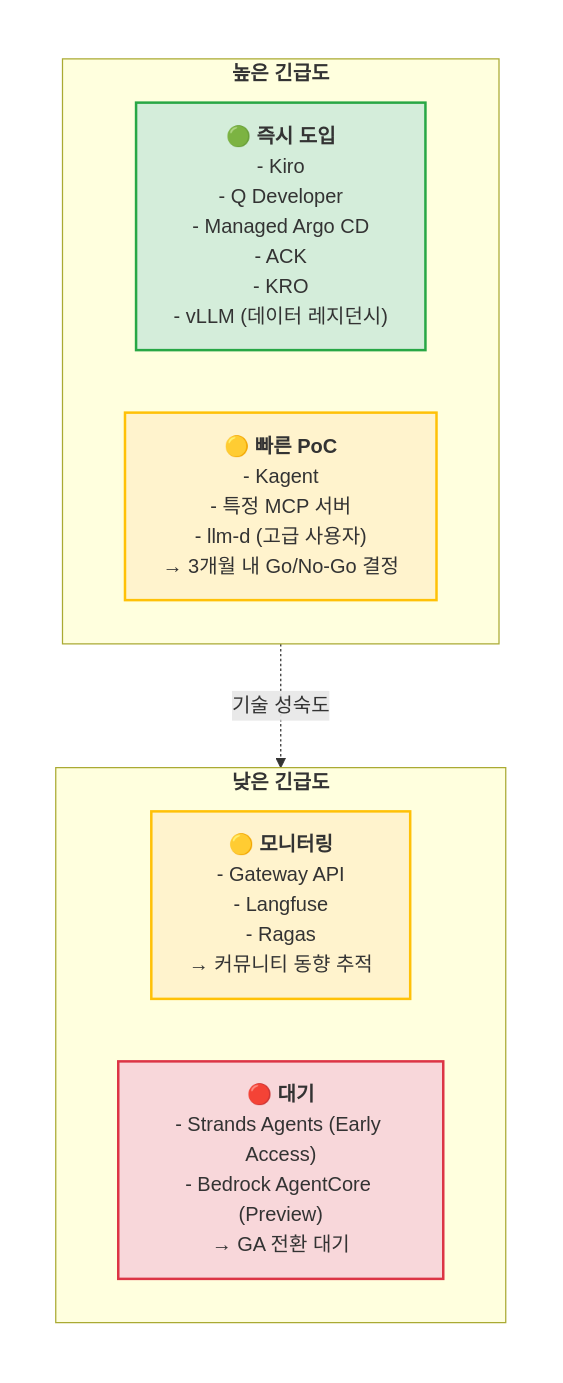
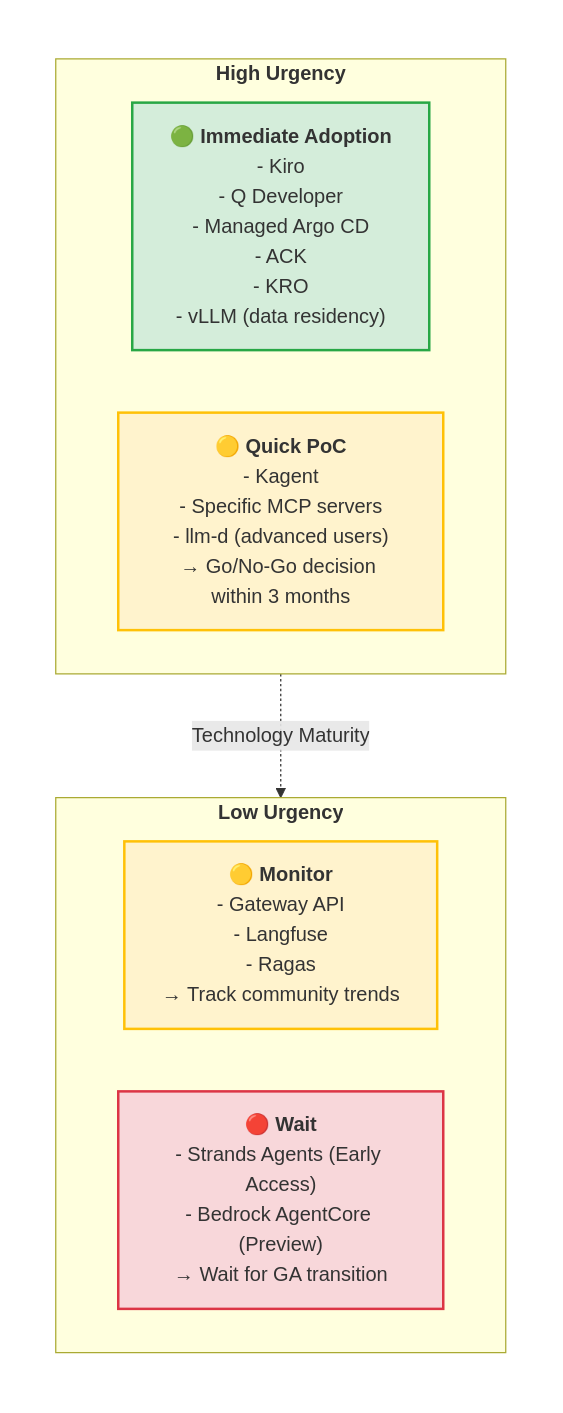
One commit to devfloor9/engineering-playbook changed the first of 2 diagrams in docs/aidlc/toolchain/technology-roadmap.md. Above: the diagram before and after it, drawn with Mermaid. The commit also changed other lines of this file and 954 other files, not shown here.

````diff
--- a/docs/aidlc/toolchain/technology-roadmap.md
+++ b/docs/aidlc/toolchain/technology-roadmap.md
@@ -138,26 +138,26 @@
 ```mermaid
 graph TD
     subgraph matrix[" "]
         direction TB
 
-        subgraph high_urgency["<b>높은 긴급도</b>"]
+        subgraph high_urgency["<b>High Urgency</b>"]
             direction LR
-            quadrant1["<b>🟢 즉시 도입</b><br/>- Kiro<br/>- Q Developer<br/>- Managed Argo CD<br/>- ACK<br/>- KRO<br/>- vLLM (데이터 레지던시)"]
-            quadrant2["<b>🟡 빠른 PoC</b><br/>- Kagent<br/>- 특정 MCP 서버<br/>- llm-d (고급 사용자)<br/>→ 3개월 내 Go/No-Go 결정"]
+            quadrant1["<b>🟢 Immediate Adoption</b><br/>- Kiro<br/>- Q Developer<br/>- Managed Argo CD<br/>- ACK<br/>- KRO<br/>- vLLM (data residency)"]
+            quadrant2["<b>🟡 Quick PoC</b><br/>- Kagent<br/>- Specific MCP servers<br/>- llm-d (advanced users)<br/>→ Go/No-Go decision within 3 months"]
         end
 
-        subgraph low_urgency["<b>낮은 긴급도</b>"]
+        subgraph low_urgency["<b>Low Urgency</b>"]
             direction LR
-            quadrant3["<b>🟡 모니터링</b><br/>- Gateway API<br/>- Langfuse<br/>- Ragas<br/>→ 커뮤니티 동향 추적"]
-            quadrant4["<b>🔴 대기</b><br/>- Strands Agents (Early Access)<br/>- Bedrock AgentCore (Preview)<br/>→ GA 전환 대기"]
+            quadrant3["<b>🟡 Monitor</b><br/>- Gateway API<br/>- Langfuse<br/>- Ragas<br/>→ Track community trends"]
+            quadrant4["<b>🔴 Wait</b><br/>- Strands Agents (Early Access)<br/>- Bedrock AgentCore (Preview)<br/>→ Wait for GA transition"]
         end
     end
 
-    high_urgency -.->|기술 성숙도| low_urgency
+    high_urgency -.->|Technology Maturity| low_urgency
 
     style quadrant1 fill:#d4edda,stroke:#28a745,stroke-width:2px
     style quadrant2 fill:#fff3cd,stroke:#ffc107,stroke-width:2px
     style quadrant3 fill:#fff3cd,stroke:#ffc107,stroke-width:2px
     style quadrant4 fill:#f8d7da,stroke:#dc3545,stroke-width:2px
     style matrix fill:none,stroke:none
 ```
````
